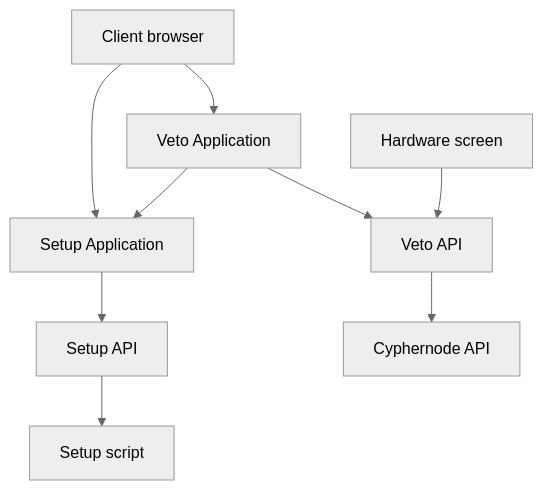
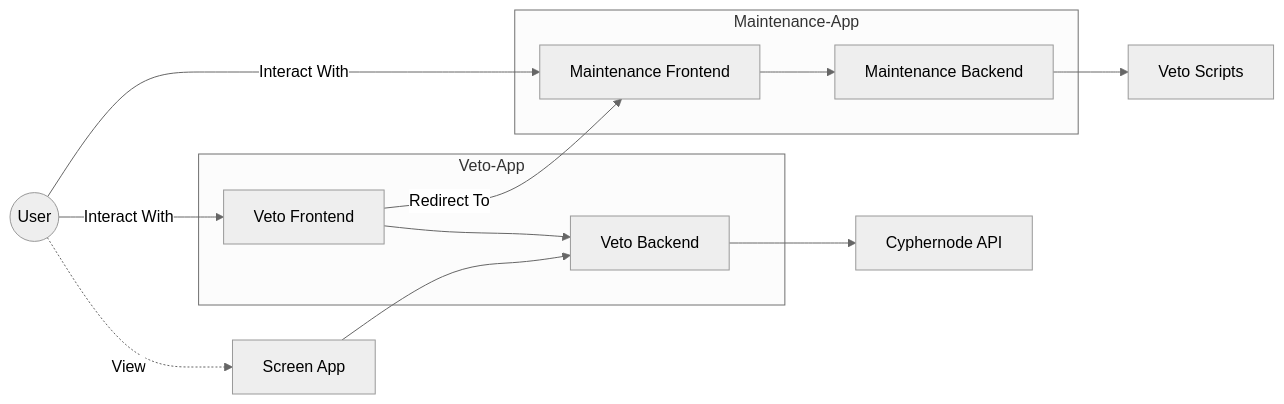
One commit to Veriphi/veto changed the first of 3 diagrams in wiki/ARCH.md. Above: the diagram before and after it, drawn with Mermaid (neutral theme). The commit also changed other lines of this file and 3 other files, not shown here.

First line of the commit message:
VN-83 Upgrade our graphs in wiki/ARCH.md (#28)

````diff
--- a/wiki/ARCH.md
+++ b/wiki/ARCH.md
@@ -3,26 +5,34 @@
 ```mermaid
-graph TD;
+graph LR;
   %% Aliases
-  client[Client browser]
-  vetoFE[Veto Application]
-  vetoBE[Veto API]
-  vetoScreen[Hardware screen]
-  vetoSetupFE[Setup Application]
-  vetoSetupBE[Setup API]
-  vetoSetup[Setup script]
+  user((User))
+  vetoFE[Veto Frontend]
+  vetoBE[Veto Backend]
+  vetoScreen[Screen App]
+  maintenanceFE[Maintenance Frontend]
+  maintenanceBE[Maintenance Backend]
+  scripts[Veto Scripts]
   cyphernode[Cyphernode API]
 
+  %% Veto setup and update
+  user -- Interact With --> maintenanceFE
+  subgraph Maintenance-App
+  maintenanceFE --> maintenanceBE
+  end
+
+  maintenanceBE --> scripts
+
   %% Veto core application
-  client--> vetoFE
-  vetoFE --> vetoBE
+  user -- Interact With --> vetoFE
+
+  subgraph Veto-App
+    vetoFE --> vetoBE
+    vetoFE -- Redirect To --> maintenanceFE
+  end
+
   vetoBE --> cyphernode
 
   %% Veto screen
+  user -. View .-> vetoScreen
   vetoScreen --> vetoBE
-
-  %% Veto setup and update
-  client --> vetoSetupFE
-  vetoSetupFE --> vetoSetupBE
-  vetoSetupBE --> vetoSetup
-  vetoFE --> vetoSetupFE
 ```
````
